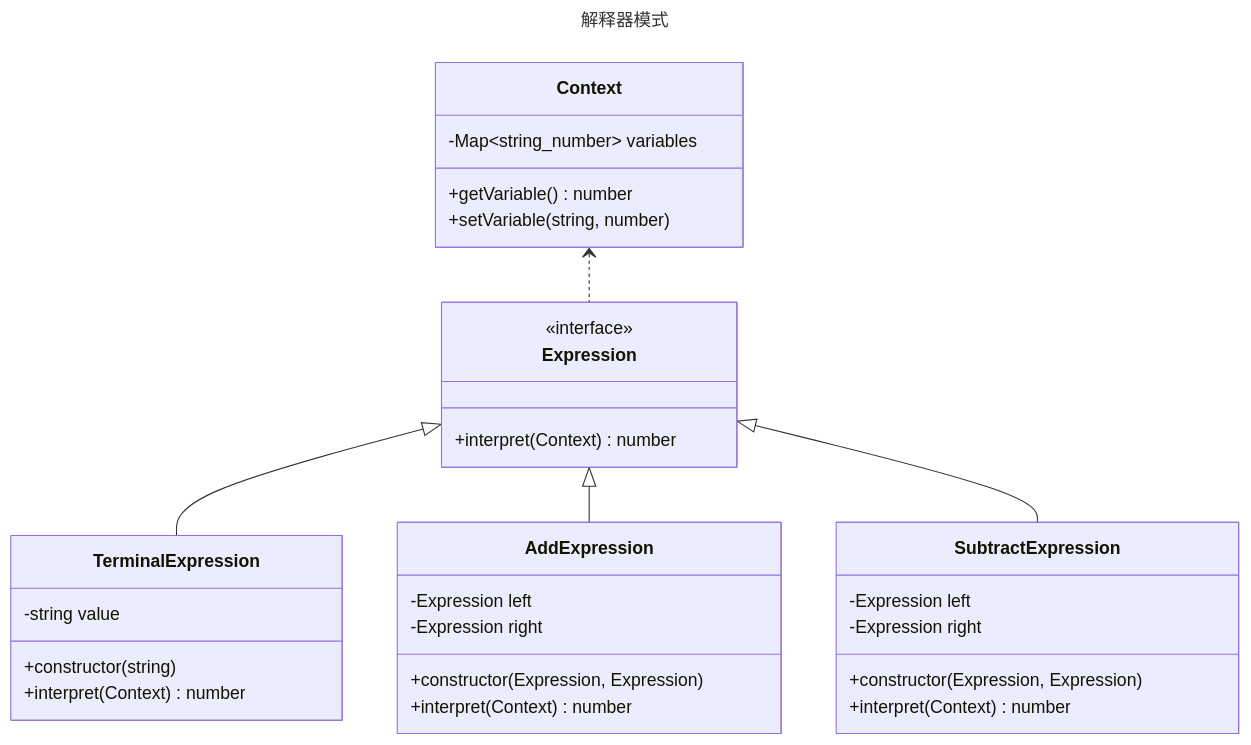
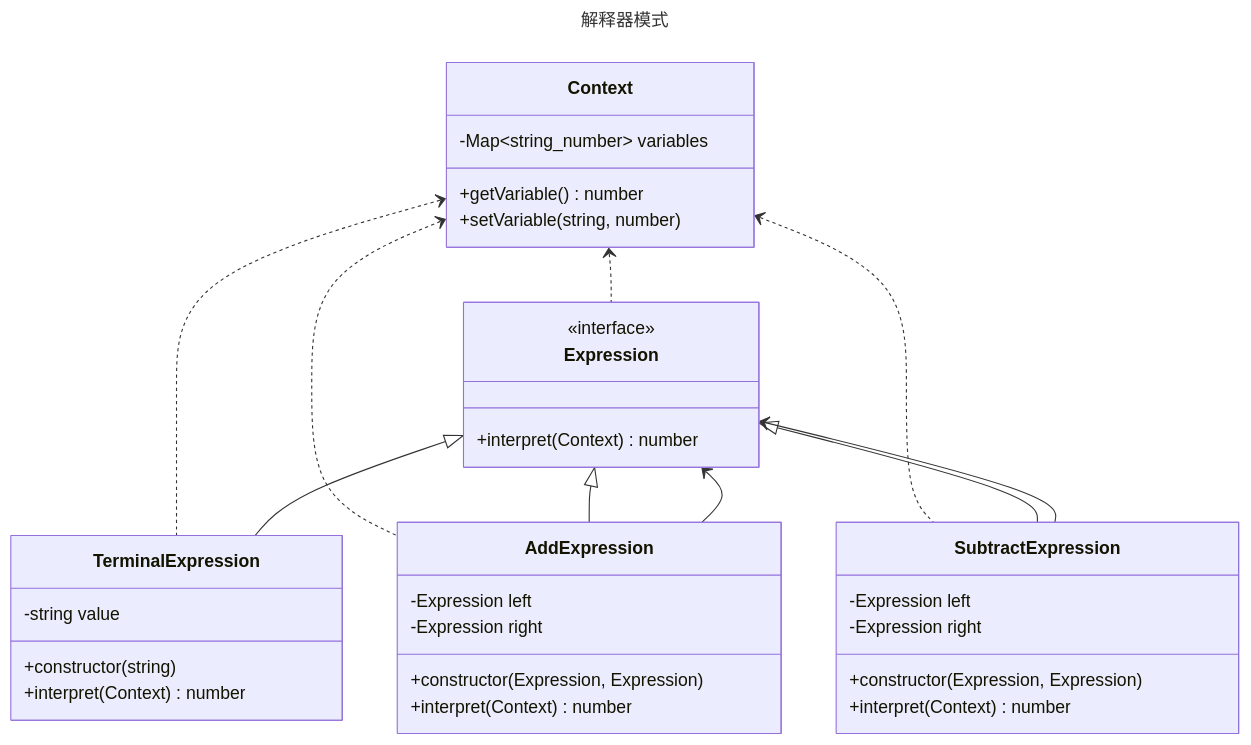
The diagram in interpreter/README.md (fengyun89/typescript-design-patterns), drawn with Mermaid before and after one commit.

Commit message:
更新解释器模式类图关系

````diff
--- a/interpreter/README.md
+++ b/interpreter/README.md
@@ -1,36 +1,41 @@
 ```mermaid
 ---
 title: 解释器模式
 ---
 classDiagram
     class Context {
         -Map~string_number~ variables
         +getVariable() number
         +setVariable(string, number)
     }
     class Expression {
         <<interface>>
         +interpret(Context) number
     }
     class TerminalExpression {
         -string value
         +constructor(string)
         +interpret(Context) number
     }
     class AddExpression {
         -Expression left
         -Expression right
         +constructor(Expression, Expression)
         +interpret(Context) number
     }
     class SubtractExpression {
         -Expression left
         -Expression right
         +constructor(Expression, Expression)
         +interpret(Context) number
     }
     Context <.. Expression
+    Context <.. TerminalExpression
+    Context <.. AddExpression
+    Context <.. SubtractExpression
     Expression <|-- TerminalExpression
     Expression <|-- AddExpression
     Expression <|-- SubtractExpression
+    Expression <-- AddExpression
+    Expression <-- SubtractExpression
 ```
````
